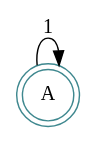
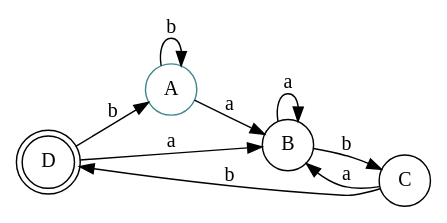
One commit to josepablito16/Regex-Engine changed the diagram in Entrega final/DFA_Directo_Actual.gv. Above: the diagram before and after it, drawn with Graphviz. The commit also changed 6 other files, not shown here.

```diff
--- a/Entrega final/DFA_Directo_Actual.gv
+++ b/Entrega final/DFA_Directo_Actual.gv
@@ -1,8 +1,15 @@
 digraph finite_state_machine {
 	rankdir=LR size="8,5"
 	node [shape=doublecircle]
-	A
+	D
 	node [shape=circle]
 	A [color="#3F888F"]
-	A -> A [label=1]
+	A -> B [label=a]
+	A -> A [label=b]
+	B -> B [label=a]
+	B -> C [label=b]
+	C -> B [label=a]
+	C -> D [label=b]
+	D -> B [label=a]
+	D -> A [label=b]
 }
```
